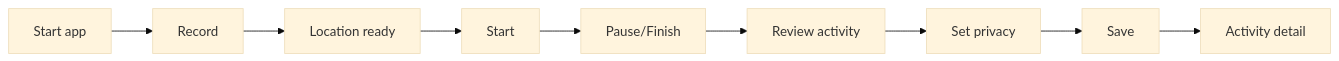
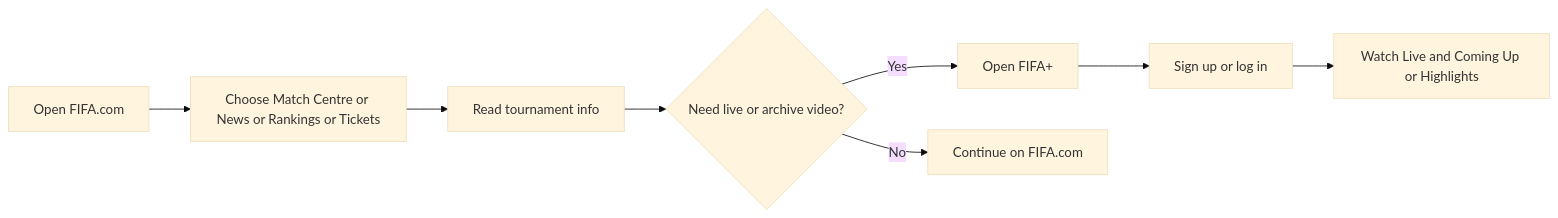
Before and after one commit to jerrylemin/PA1-TKGD: the first of 2 diagrams in sources/GroupID-PA1-ProductResearch.md, drawn with Mermaid (base theme). The commit also changed other lines of this file and 134 other files, not shown here.

````diff
--- a/sources/GroupID-PA1-ProductResearch.md
+++ b/sources/GroupID-PA1-ProductResearch.md
@@ -153,4 +538,10 @@
 ```mermaid
 flowchart LR
-A[Start app] --> B[Record] --> C[Location ready] --> D[Start] --> E[Pause/Finish] --> F[Review activity] --> G[Set privacy] --> H[Save] --> I[Activity detail]
+A[Open FIFA.com] --> B[Choose Match Centre or News or Rankings or Tickets]
+B --> C[Read tournament info]
+C --> D{Need live or archive video?}
+D -- Yes --> E[Open FIFA+]
+E --> F[Sign up or log in]
+F --> G[Watch Live and Coming Up or Highlights]
+D -- No --> H[Continue on FIFA.com]
 ```
````
